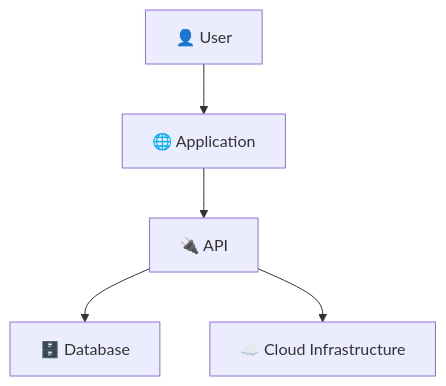
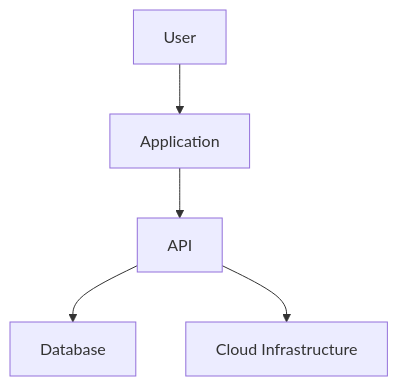
The fifth of 31 diagrams in DevOps-Labs-and-Projects/ Day-01 to Day-06/README.md (Yuvii2102/My-Devops-Cloud-Journey), drawn with Mermaid before and after one commit. The commit also changed other lines of this file, not shown here.

````diff
--- a/DevOps-Labs-and-Projects/ Day-01 to Day-06/README.md
+++ b/DevOps-Labs-and-Projects/ Day-01 to Day-06/README.md
@@ -157,13 +129,7 @@
 ```mermaid
 flowchart TD
-    USER["👤 User"]
-    APP["🌐 Application"]
-    API["🔌 API"]
-    DB["🗄️ Database"]
-    CLOUD["☁️ Cloud Infrastructure"]
-
-    USER --> APP
-    APP --> API
-    API --> DB
-    API --> CLOUD
+    U["User"] --> APP["Application"]
+    APP --> API["API"]
+    API --> DB["Database"]
+    API --> CLOUD["Cloud Infrastructure"]
 ```
````
